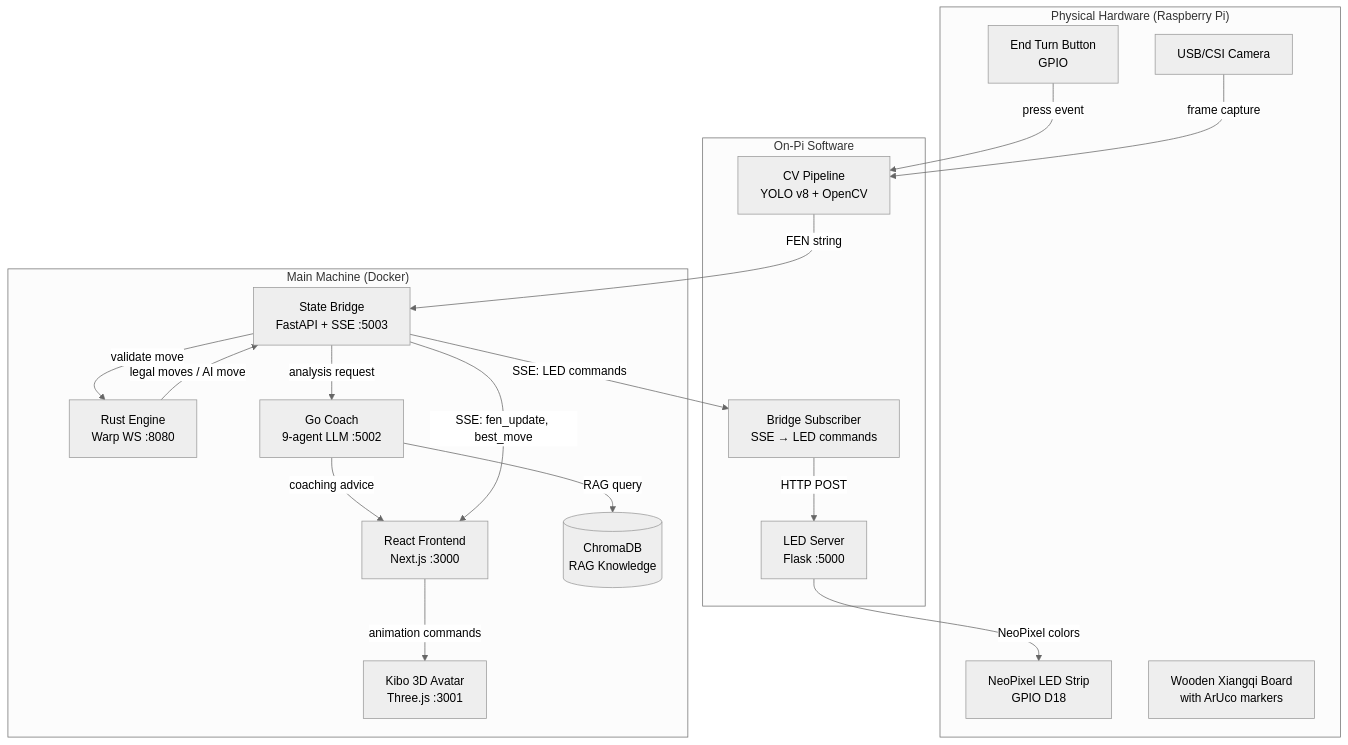
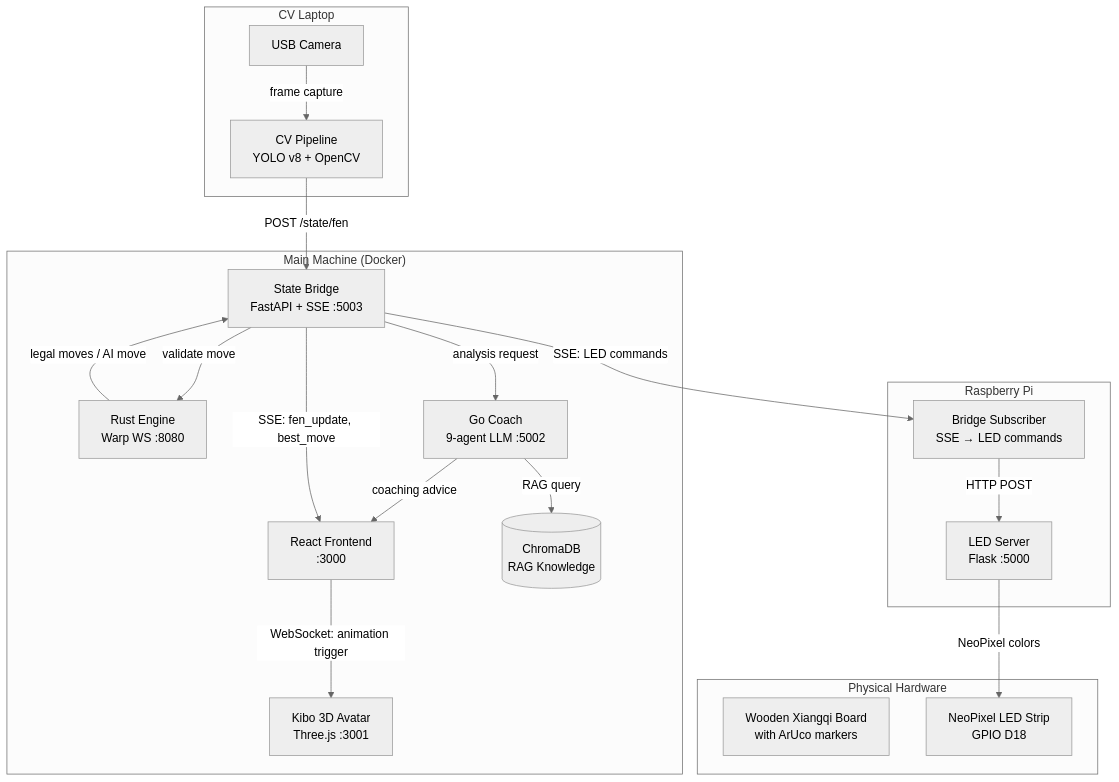
One commit to GuchaIll/Capstone_Guided_Chinese_Chess changed the diagram in README.md. Above: the diagram before and after it, drawn with Mermaid (neutral theme). The commit also changed other lines of this file and 3 other files, not shown here.

Commit message:
refactor: update README for clarity on system architecture and data flow; add .env.example for local development; modify Dockerfile and docker-compose for Next.js integration

````diff
--- a/README.md
+++ b/README.md
@@ -60,38 +60,39 @@
 ```mermaid
 graph TD
-    subgraph Hardware["Physical Hardware (Raspberry Pi)"]
-        Button[End Turn Button<br/>GPIO]
-        Camera[USB/CSI Camera]
+    subgraph Physical["Physical Hardware"]
+        Board[Wooden Xiangqi Board<br/>with ArUco markers]
         LEDStrip[NeoPixel LED Strip<br/>GPIO D18]
-        Board[Wooden Xiangqi Board<br/>with ArUco markers]
     end
 
-    subgraph PiSoftware["On-Pi Software"]
+    subgraph CVLaptop["CV Laptop"]
+        Camera[USB Camera]
         CV[CV Pipeline<br/>YOLO v8 + OpenCV]
+    end
+
+    subgraph Pi["Raspberry Pi"]
         LEDServer[LED Server<br/>Flask :5000]
         BridgeSub[Bridge Subscriber<br/>SSE → LED commands]
     end
 
     subgraph MainMachine["Main Machine (Docker)"]
         StateBridge[State Bridge<br/>FastAPI + SSE :5003]
         RustEngine[Rust Engine<br/>Warp WS :8080]
         GoCoach[Go Coach<br/>9-agent LLM :5002]
-        ReactUI[React Frontend<br/>Next.js :3000]
+        ReactUI[React Frontend<br/>:3000]
         Kibo3D[Kibo 3D Avatar<br/>Three.js :3001]
         ChromaDB[(ChromaDB<br/>RAG Knowledge)]
     end
 
-    Button -->|press event| CV
     Camera -->|frame capture| CV
-    CV -->|FEN string| StateBridge
+    CV -->|POST /state/fen| StateBridge
     StateBridge -->|validate move| RustEngine
     RustEngine -->|legal moves / AI move| StateBridge
     StateBridge -->|analysis request| GoCoach
     GoCoach -->|RAG query| ChromaDB
     GoCoach -->|coaching advice| ReactUI
     StateBridge -->|SSE: fen_update, best_move| ReactUI
     StateBridge -->|SSE: LED commands| BridgeSub
     BridgeSub -->|HTTP POST| LEDServer
     LEDServer -->|NeoPixel colors| LEDStrip
-    ReactUI -->|animation commands| Kibo3D
+    ReactUI -->|WebSocket: animation trigger| Kibo3D
 ```
````
